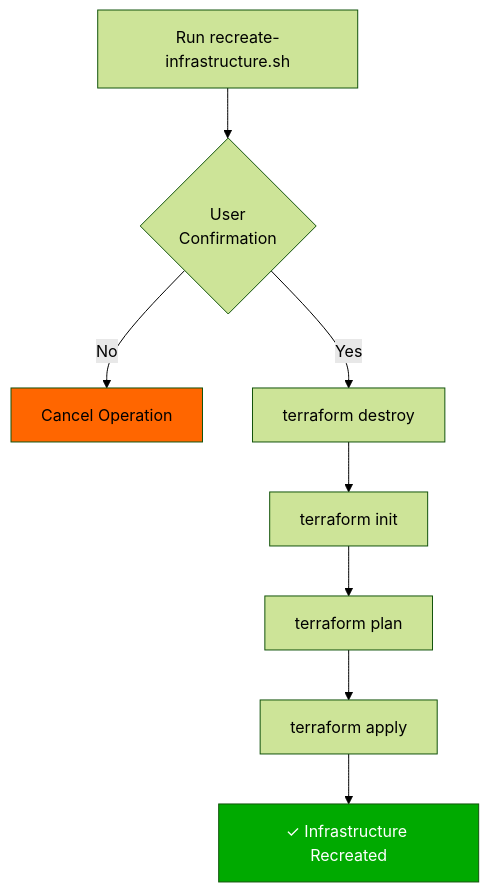
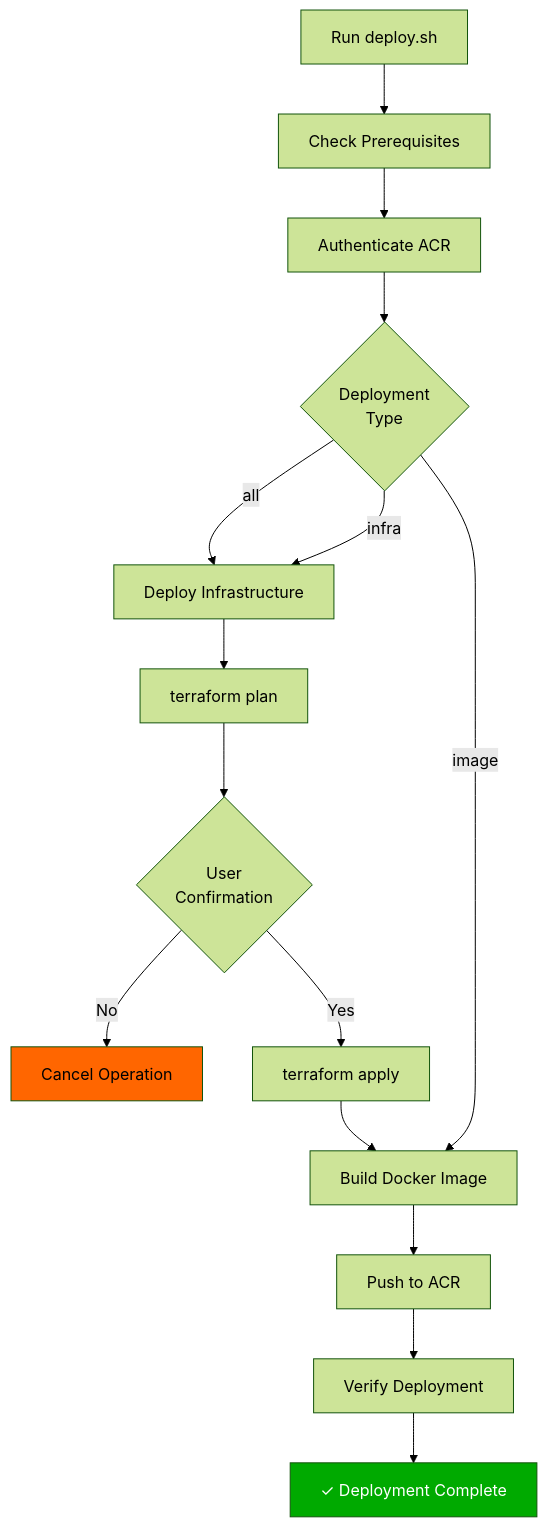
One commit to kozuchowskihubert/azure-psql-app changed diagram 13 of 15 in azure-psql-app/docs/DEPLOYMENT.md. Above: the diagram before and after it, drawn with Mermaid (forest theme). The commit also changed other lines of this file and 5 other files, not shown here.

````diff
--- a/azure-psql-app/docs/DEPLOYMENT.md
+++ b/azure-psql-app/docs/DEPLOYMENT.md
@@ -551,14 +551,23 @@
 ```mermaid
 graph TD
-    Run[Run recreate-infrastructure.sh] --> Confirm{User<br/>Confirmation}
+    Run[Run deploy.sh] --> Check[Check Prerequisites]
+    Check --> Auth[Authenticate ACR]
+    Auth --> Choice{Deployment<br/>Type}
+    
+    Choice -->|all| Infra[Deploy Infrastructure]
+    Choice -->|infra| Infra
+    Choice -->|image| Build
+    
+    Infra --> Plan[terraform plan]
+    Plan --> Confirm{User<br/>Confirmation}
     Confirm -->|No| Cancel[Cancel Operation]
-    Confirm -->|Yes| Destroy[terraform destroy]
+    Confirm -->|Yes| Apply[terraform apply]
     
-    Destroy --> Init[terraform init]
-    Init --> Plan[terraform plan]
-    Plan --> Apply[terraform apply]
-    Apply --> Complete[✓ Infrastructure Recreated]
+    Apply --> Build[Build Docker Image]
+    Build --> Push[Push to ACR]
+    Push --> Verify[Verify Deployment]
+    Verify --> Complete[✓ Deployment Complete]
     
     style Complete fill:#00aa00,color:#fff
     style Cancel fill:#ff6600
 ```
````
